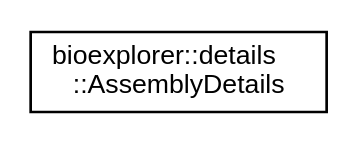
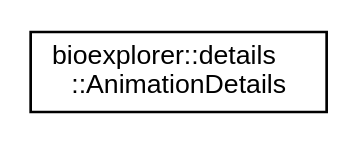
The diagram in docs/inherit_graph_17.dot (BlueBrain/BioExplorer), drawn with Graphviz before and after one commit. The commit also changed 377 other files, not shown here.

```diff
--- a/docs/inherit_graph_17.dot
+++ b/docs/inherit_graph_17.dot
@@ -1,8 +1,8 @@
 digraph "Graphical Class Hierarchy"
 {
  // LATEX_PDF_SIZE
   edge [fontname="Helvetica",fontsize="10",labelfontname="Helvetica",labelfontsize="10"];
   node [fontname="Helvetica",fontsize="10",shape=record];
   rankdir="LR";
-  Node0 [label="bioexplorer::details\l::AssemblyDetails",height=0.2,width=0.4,color="black", fillcolor="white", style="filled",URL="$d1/da5/structbioexplorer_1_1details_1_1AssemblyDetails.html",tooltip="Assembly representation."];
+  Node0 [label="bioexplorer::details\l::AnimationDetails",height=0.2,width=0.4,color="black", fillcolor="white", style="filled",URL="$d8/d60/structbioexplorer_1_1details_1_1AnimationDetails.html",tooltip=" "];
 }
```
